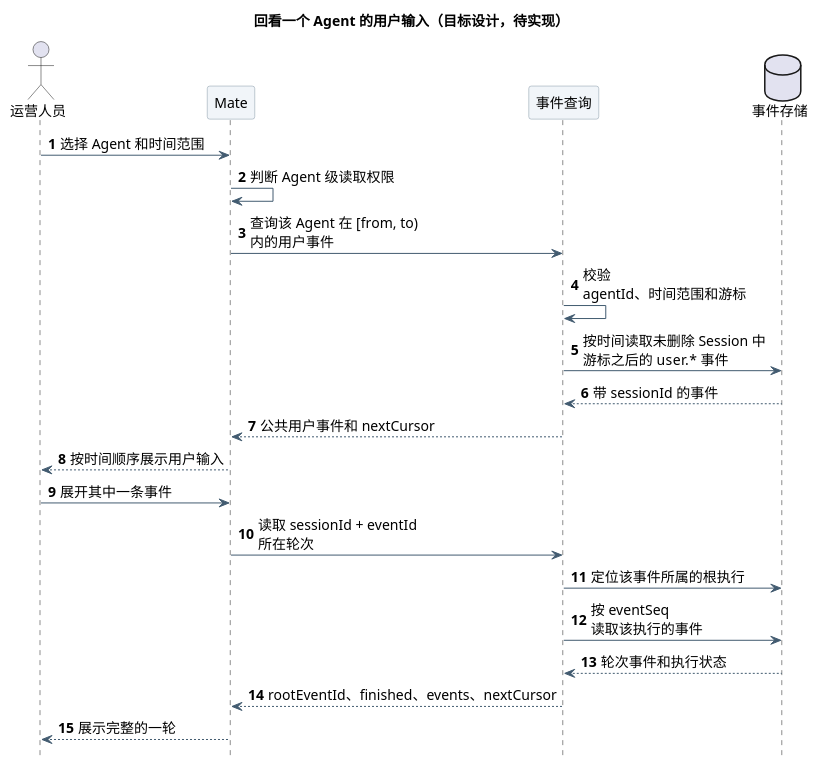
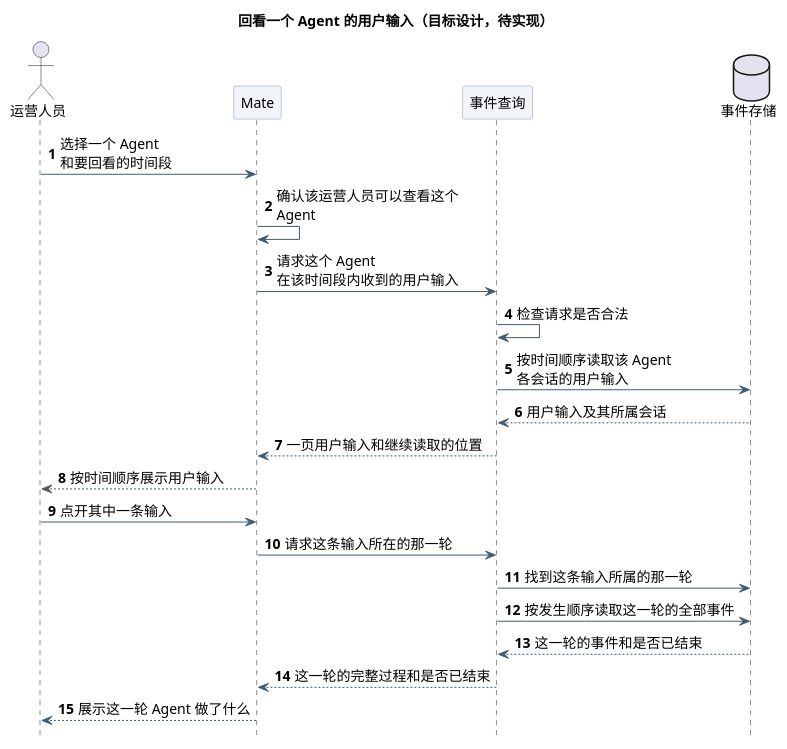
One commit to ssm0808/pi-mono-java-design changed the first of 3 diagrams in 01-总体架构/01-CampusClaw多Agent运行时/设计图/Agent用户事件查询/diagram.puml. Above: the diagram before and after it, drawn with PlantUML. The commit also changed 2 other files, not shown here.

```diff
--- a/01-总体架构/01-CampusClaw多Agent运行时/设计图/Agent用户事件查询/diagram.puml
+++ b/01-总体架构/01-CampusClaw多Agent运行时/设计图/Agent用户事件查询/diagram.puml
@@ -1,42 +1,42 @@
 @startuml agent_user_events_overview
 ' 源码证据：pi-mono-java main 769e86592285f4a25b0febaf551eddea6bc7212c
 ' modules/coding-agent-cli/src/main/java/com/campusclaw/codingagent/runtimeapi/
 ' web/RuntimeEventController.java:list
 ' event/CommittedEventQueryService.java:list,pageOf
 ' event/CommittedEventProjection.java:project
 ' persistence/MyBatisRuntimeExecutionControlRepository.java:linkCommittedEvent
 ' 已观察行为：事件只能按单个 Session 读取；轮次以根执行和结果段关联的形式存在。
 ' 设计原因：Mate 先按 Agent 回看用户输入，再按需展开其中一轮。
 ' 待实现：两个读取接口和事件表 agent_id 索引。
 skinparam backgroundColor white
 skinparam defaultFontName SansSerif
 skinparam defaultFontSize 14
 skinparam shadowing false
 skinparam ArrowColor #425B70
 skinparam sequenceParticipantBackgroundColor #F1F5F9
 skinparam sequenceParticipantBorderColor #8496A4
 skinparam sequenceMessageAlign left
 skinparam maxMessageSize 190
 hide footbox
 autonumber
 title 回看一个 Agent 的用户输入（目标设计，待实现）
 actor "运营人员" as Operator
 participant "Mate" as Mate
 participant "事件查询" as Query
 database "事件存储" as Store
-Operator -> Mate : 选择 Agent 和时间范围
-Mate -> Mate : 判断 Agent 级读取权限
-Mate -> Query : 查询该 Agent 在 [from, to) 内的用户事件
-Query -> Query : 校验 agentId、时间范围和游标
-Query -> Store : 按时间读取未删除 Session 中\n游标之后的 user.* 事件
-Store --> Query : 带 sessionId 的事件
-Query --> Mate : 公共用户事件和 nextCursor
+Operator -> Mate : 选择一个 Agent 和要回看的时间段
+Mate -> Mate : 确认该运营人员可以查看这个 Agent
+Mate -> Query : 请求这个 Agent 在该时间段内收到的用户输入
+Query -> Query : 检查请求是否合法
+Query -> Store : 按时间顺序读取该 Agent 各会话的用户输入
+Store --> Query : 用户输入及其所属会话
+Query --> Mate : 一页用户输入和继续读取的位置
 Mate --> Operator : 按时间顺序展示用户输入
-Operator -> Mate : 展开其中一条事件
-Mate -> Query : 读取 sessionId + eventId 所在轮次
-Query -> Store : 定位该事件所属的根执行
-Query -> Store : 按 eventSeq 读取该执行的事件
-Store --> Query : 轮次事件和执行状态
-Query --> Mate : rootEventId、finished、events、nextCursor
-Mate --> Operator : 展示完整的一轮
+Operator -> Mate : 点开其中一条输入
+Mate -> Query : 请求这条输入所在的那一轮
+Query -> Store : 找到这条输入所属的那一轮
+Query -> Store : 按发生顺序读取这一轮的全部事件
+Store --> Query : 这一轮的事件和是否已结束
+Query --> Mate : 这一轮的完整过程和是否已结束
+Mate --> Operator : 展示这一轮 Agent 做了什么
 @enduml
```
